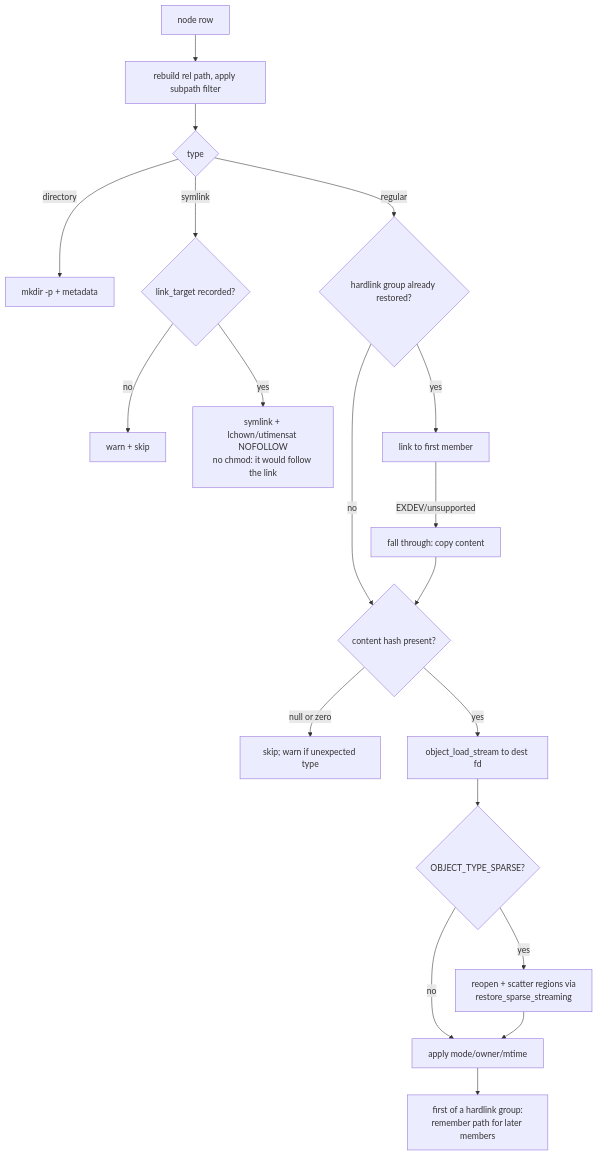
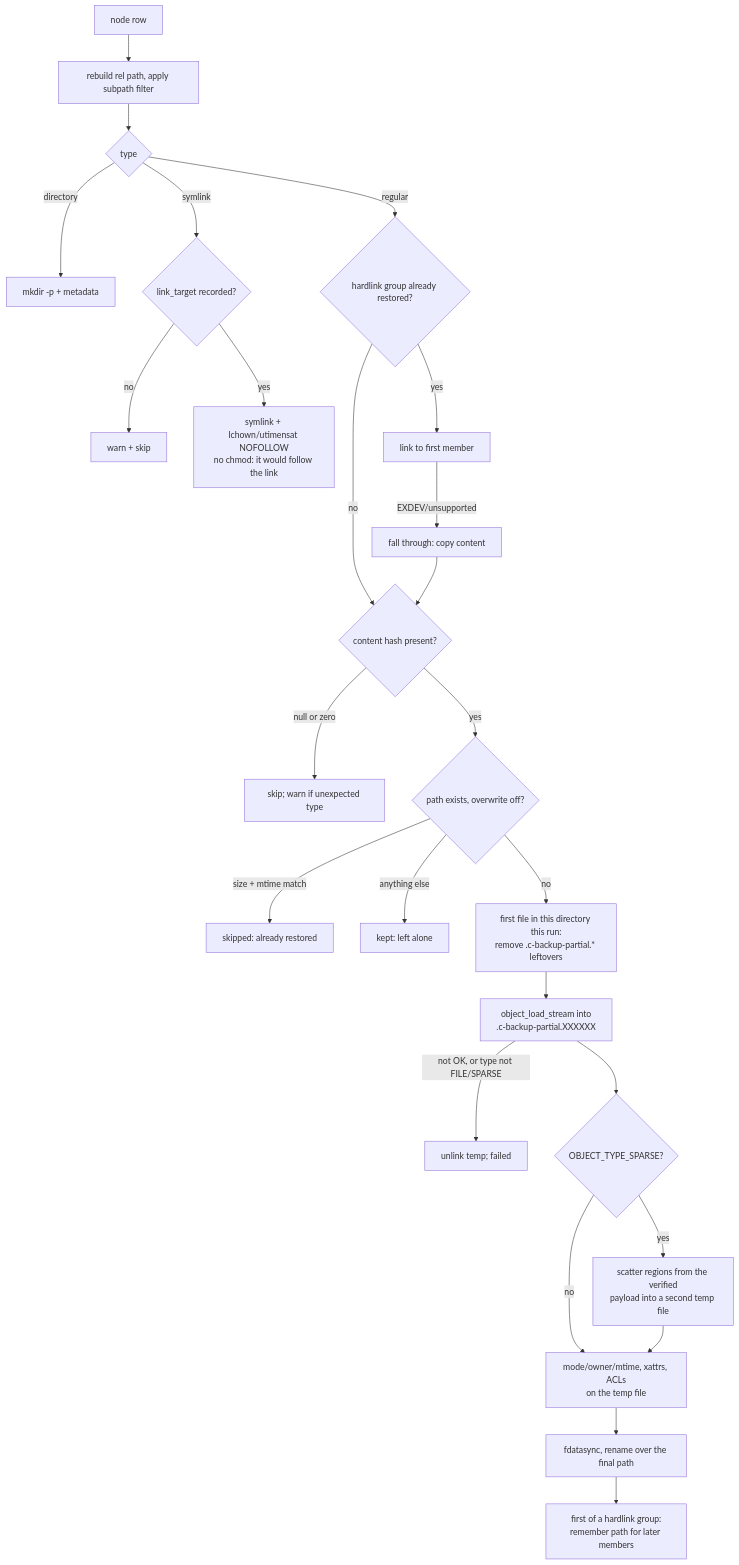
Before and after one commit to vifair22/c-backup: the third of 3 diagrams in docs/data-paths.md, drawn with Mermaid. The commit also changed other lines of this file and 3 other files, not shown here.

First line of the commit message:
Document verified-only restore and grep, and reencrypt staging

````diff
--- a/docs/data-paths.md
+++ b/docs/data-paths.md
@@ -550,21 +566,27 @@
 ```mermaid
 flowchart TD
     N[node row] --> P[rebuild rel path, apply subpath filter]
     P --> T{type}
     T -->|directory| MD[mkdir -p + metadata]
     T -->|symlink| SL{link_target recorded?}
     SL -->|no| SKIP1[warn + skip]
     SL -->|yes| SLC[symlink + lchown/utimensat NOFOLLOW<br>no chmod: it would follow the link]
     T -->|regular| HL{hardlink group already restored?}
     HL -->|yes| LN[link to first member]
     LN -->|EXDEV/unsupported| CP[fall through: copy content]
     HL -->|no| CH{content hash present?}
     CP --> CH
     CH -->|null or zero| SKIP2[skip; warn if unexpected type]
-    CH -->|yes| ST[object_load_stream to dest fd]
+    CH -->|yes| EX{path exists, overwrite off?}
+    EX -->|size + mtime match| SKIP3[skipped: already restored]
+    EX -->|anything else| KEPT[kept: left alone]
+    EX -->|no| SW[first file in this directory this run:<br>remove .c-backup-partial.* leftovers]
+    SW --> ST[object_load_stream into<br>.c-backup-partial.XXXXXX]
+    ST -->|not OK, or type not FILE/SPARSE| DEL[unlink temp; failed]
     ST --> SP{OBJECT_TYPE_SPARSE?}
-    SP -->|yes| SCAT[reopen + scatter regions via<br>restore_sparse_streaming]
-    SP -->|no| META[apply mode/owner/mtime]
+    SP -->|yes| SCAT[scatter regions from the verified<br>payload into a second temp file]
+    SP -->|no| META[mode/owner/mtime, xattrs, ACLs<br>on the temp file]
     SCAT --> META
-    META --> REM[first of a hardlink group:<br>remember path for later members]
+    META --> REN[fdatasync, rename over the final path]
+    REN --> REM[first of a hardlink group:<br>remember path for later members]
 ```
````
